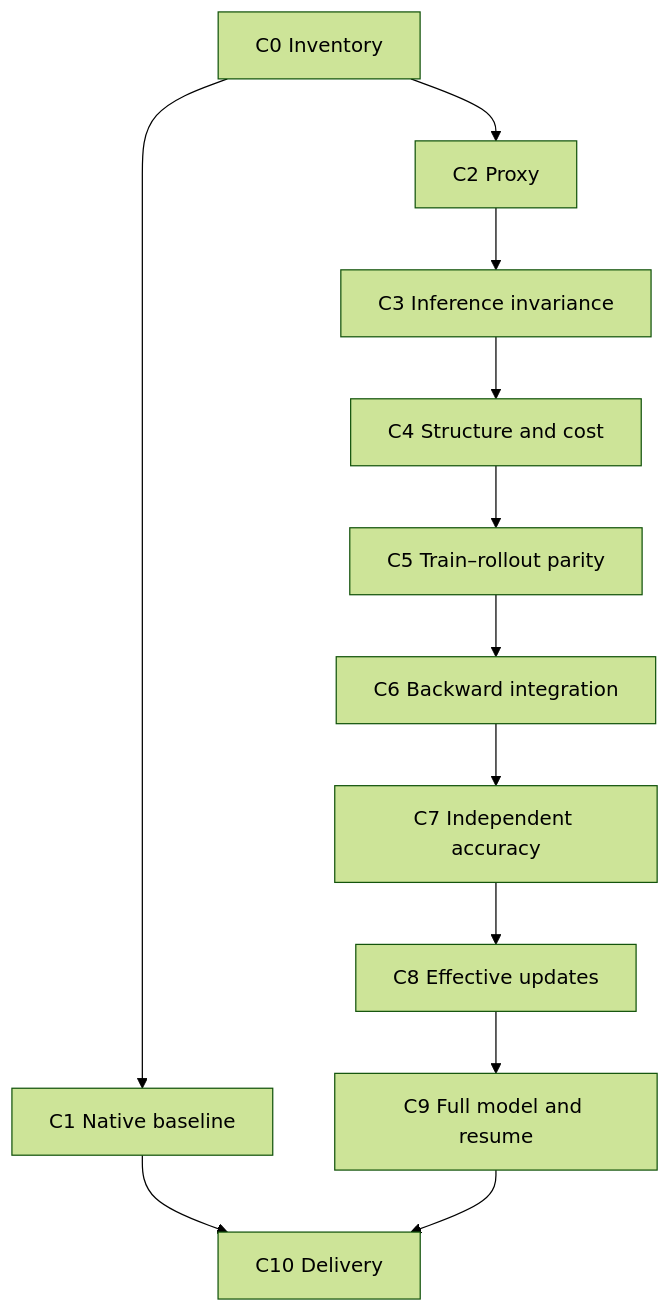
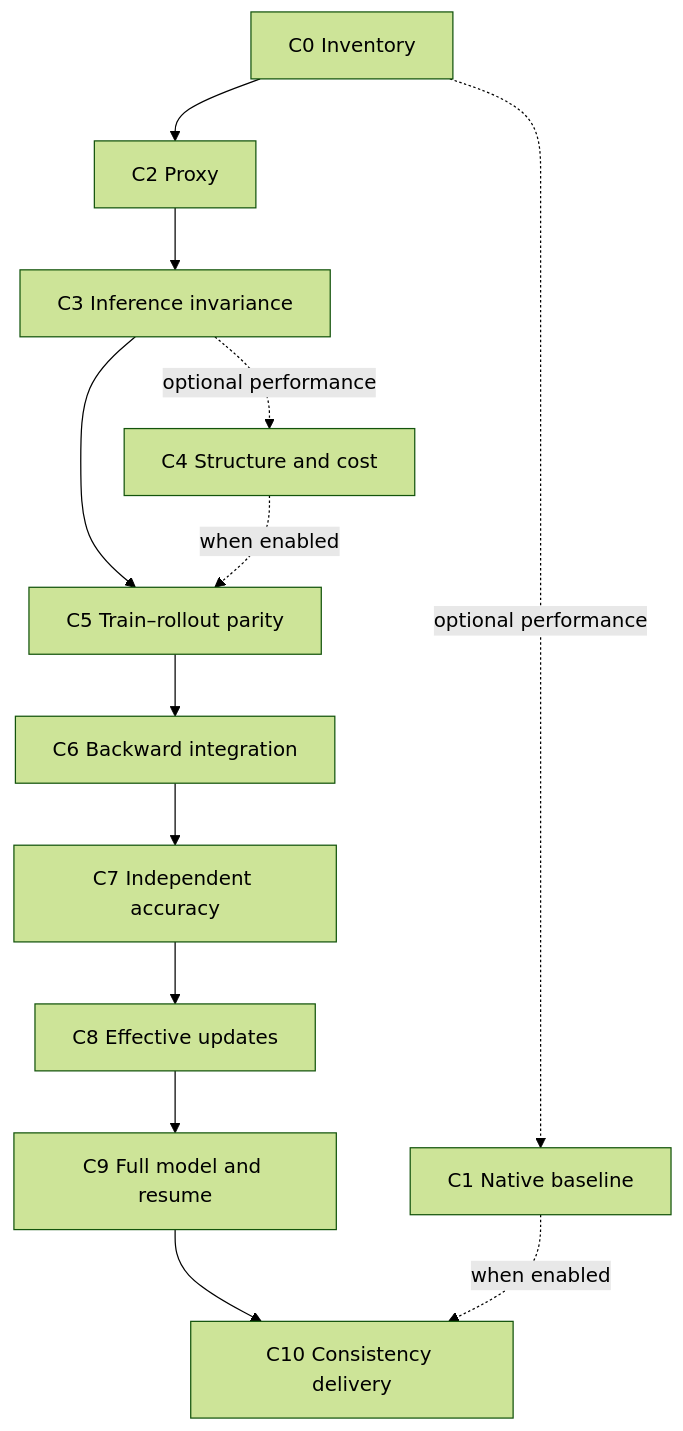
The diagram in skills/train-inference-consistency/references/workflow.md (RL-Align/RL-Consistency), drawn with Mermaid (forest theme) before and after one commit. The commit also changed other lines of this file and 24 other files, not shown here.

````diff
--- a/skills/train-inference-consistency/references/workflow.md
+++ b/skills/train-inference-consistency/references/workflow.md
@@ -7,14 +9,15 @@
 ```mermaid
 flowchart TD
-  C0["C0 Inventory"] --> C1["C1 Native baseline"]
-  C0 --> C2["C2 Proxy"]
+  C0["C0 Inventory"] --> C2["C2 Proxy"]
   C2 --> C3["C3 Inference invariance"]
-  C3 --> C4["C4 Structure and cost"]
-  C4 --> C5["C5 Train–rollout parity"]
+  C3 --> C5["C5 Train–rollout parity"]
   C5 --> C6["C6 Backward integration"]
   C6 --> C7["C7 Independent accuracy"]
   C7 --> C8["C8 Effective updates"]
   C8 --> C9["C9 Full model and resume"]
-  C1 --> C10["C10 Delivery"]
-  C9 --> C10
+  C9 --> C10["C10 Consistency delivery"]
+  C0 -. "optional performance" .-> C1["C1 Native baseline"]
+  C3 -. "optional performance" .-> C4["C4 Structure and cost"]
+  C4 -. "when enabled" .-> C5
+  C1 -. "when enabled" .-> C10
 ```
````
